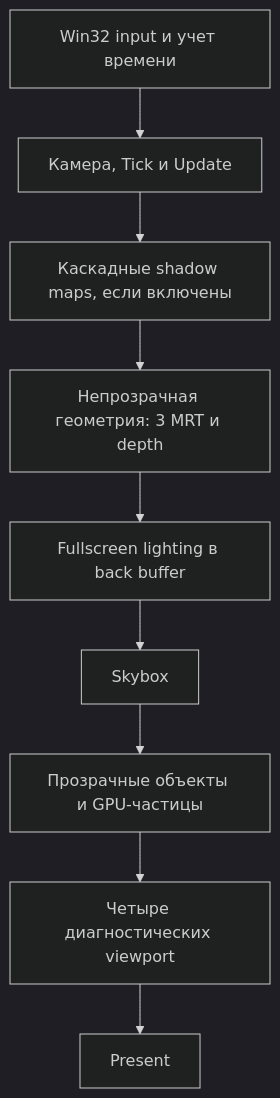
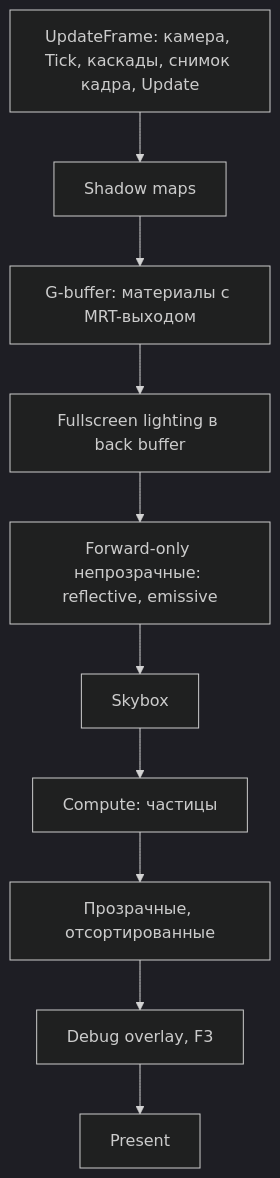
One commit to CakeWithMouse/Engine changed the diagram in Описание проекта.md. Above: the diagram before and after it, drawn with Mermaid (dark theme). The commit also changed other lines of this file and 82 other files, not shown here.

````diff
--- a/Описание проекта.md
+++ b/Описание проекта.md
@@ -151,11 +125,12 @@
 ```mermaid
 flowchart TD
-    A[Win32 input и учет времени] --> B[Камера, Tick и Update]
-    B --> C[Каскадные shadow maps, если включены]
-    C --> D[Непрозрачная геометрия: 3 MRT и depth]
-    D --> E[Fullscreen lighting в back buffer]
+    A[UpdateFrame: камера, Tick, каскады, снимок кадра, Update] --> B[Shadow maps]
+    B --> C[G-buffer: материалы с MRT-выходом]
+    C --> D[Fullscreen lighting в back buffer]
+    D --> E[Forward-only непрозрачные: reflective, emissive]
     E --> F[Skybox]
-    F --> G[Прозрачные объекты и GPU-частицы]
-    G --> H[Четыре диагностических viewport]
-    H --> I[Present]
+    F --> G[Compute: частицы]
+    G --> H[Прозрачные, отсортированные]
+    H --> I[Debug overlay, F3]
+    I --> J[Present]
 ```
````
